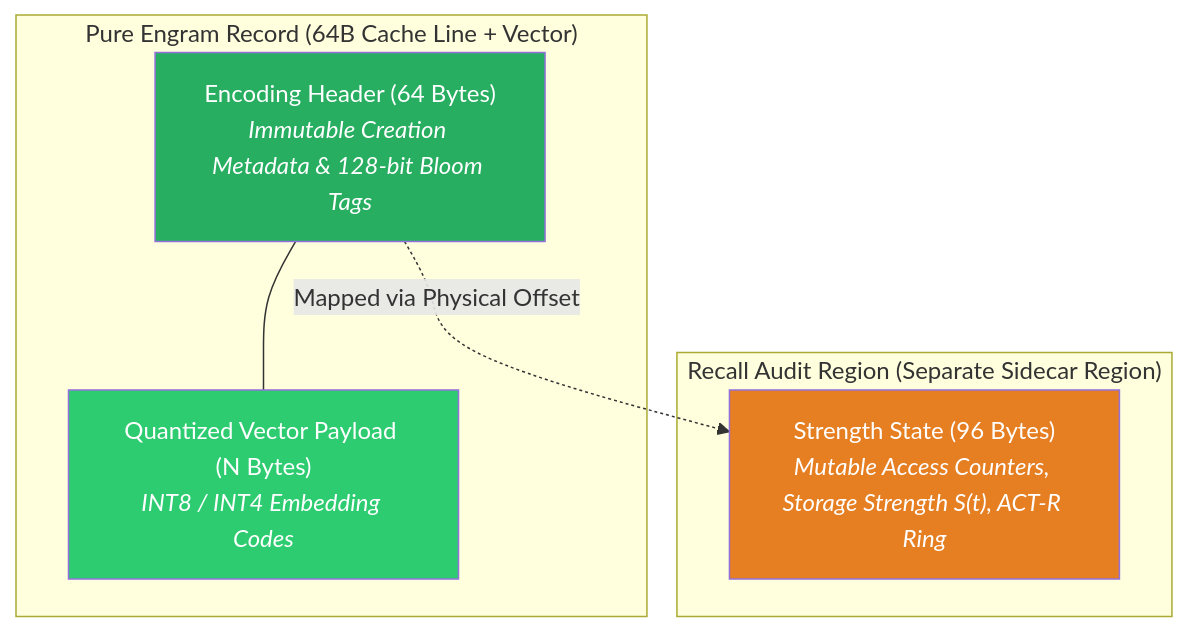
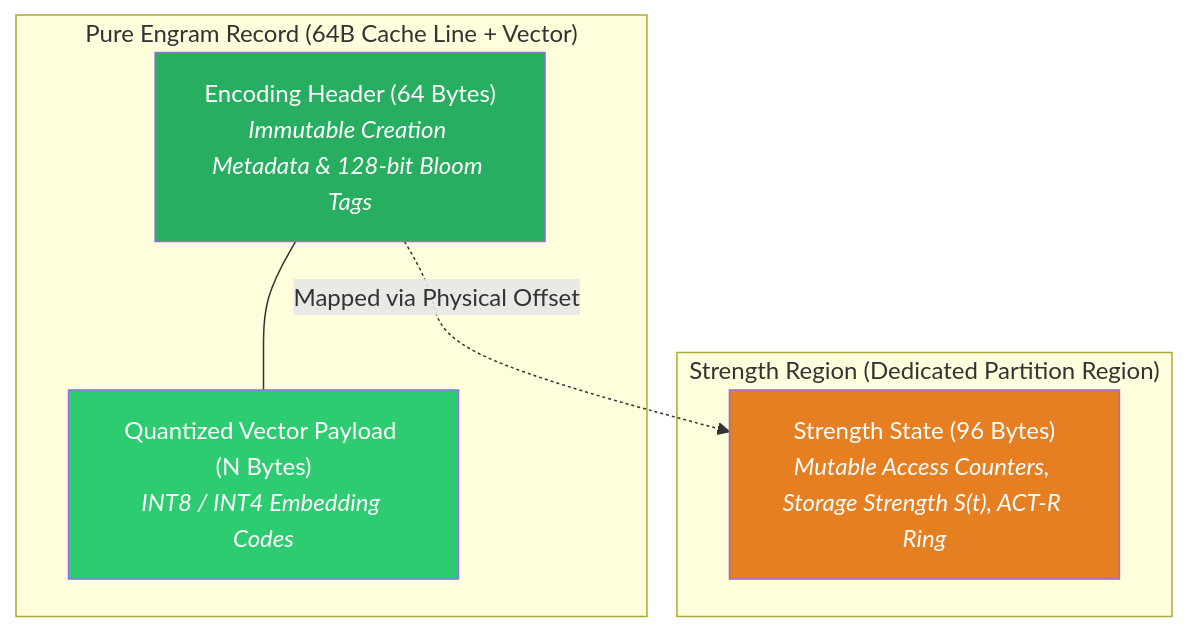
Before and after one commit to spectrayan/spector: the first of 2 diagrams in docs/docs/kernel/layouts.md, drawn with Mermaid. The commit also changed other lines of this file and 7 other files, not shown here.

First line of the commit message:
docs(kernel): rename audit region to strength region across documentation

````diff
--- a/docs/docs/kernel/layouts.md
+++ b/docs/docs/kernel/layouts.md
@@ -19,18 +19,18 @@
 ```mermaid
 graph TD
     subgraph "Pure Engram Record (64B Cache Line + Vector)"
         EH["Encoding Header (64 Bytes)<br/><i>Immutable Creation Metadata & 128-bit Bloom Tags</i>"]
         VEC["Quantized Vector Payload (N Bytes)<br/><i>INT8 / INT4 Embedding Codes</i>"]
         EH --- VEC
     end
 
-    subgraph "Recall Audit Region (Separate Sidecar Region)"
+    subgraph "Strength Region (Dedicated Partition Region)"
         ST["Strength State (96 Bytes)<br/><i>Mutable Access Counters, Storage Strength S(t), ACT-R Ring</i>"]
     end
 
     EH -.->|Mapped via Physical Offset| ST
 
     style EH fill:#27ae60,color:white
     style VEC fill:#2ecc71,color:white
     style ST fill:#e67e22,color:white
 ```
````
